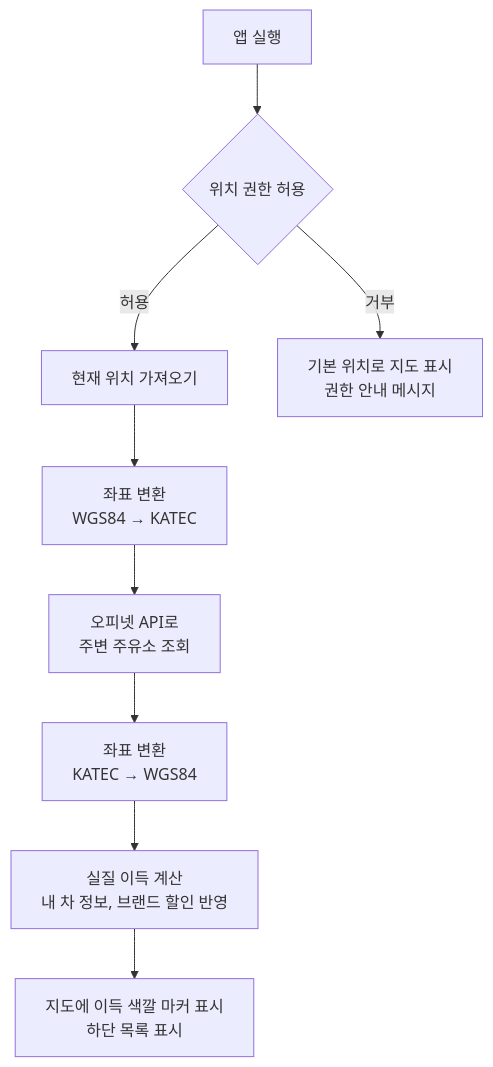
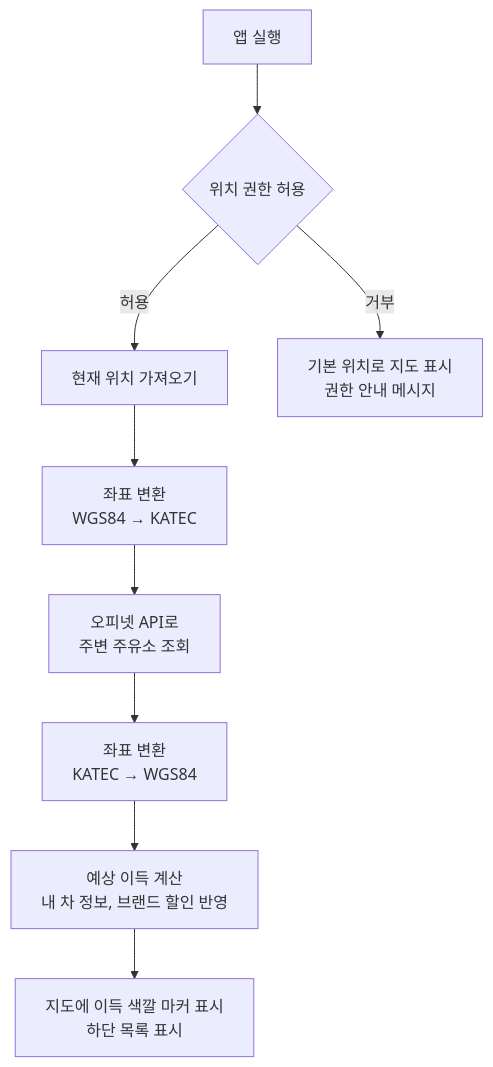
Before and after one commit to jaeheon777/FindCheapGas: the diagram in README.md, drawn with Mermaid. The commit also changed other lines of this file, not shown here.

````diff
--- a/README.md
+++ b/README.md
@@ -158,11 +175,11 @@
 ```mermaid
 flowchart TD
     A[앱 실행] --> B{위치 권한 허용}
     B -- 허용 --> C[현재 위치 가져오기]
     B -- 거부 --> D[기본 위치로 지도 표시<br>권한 안내 메시지]
     C --> E[좌표 변환<br>WGS84 → KATEC]
     E --> F[오피넷 API로<br>주변 주유소 조회]
     F --> G[좌표 변환<br>KATEC → WGS84]
-    G --> H[실질 이득 계산<br>내 차 정보, 브랜드 할인 반영]
+    G --> H[예상 이득 계산<br>내 차 정보, 브랜드 할인 반영]
     H --> I[지도에 이득 색깔 마커 표시<br>하단 목록 표시]
 ```
````
